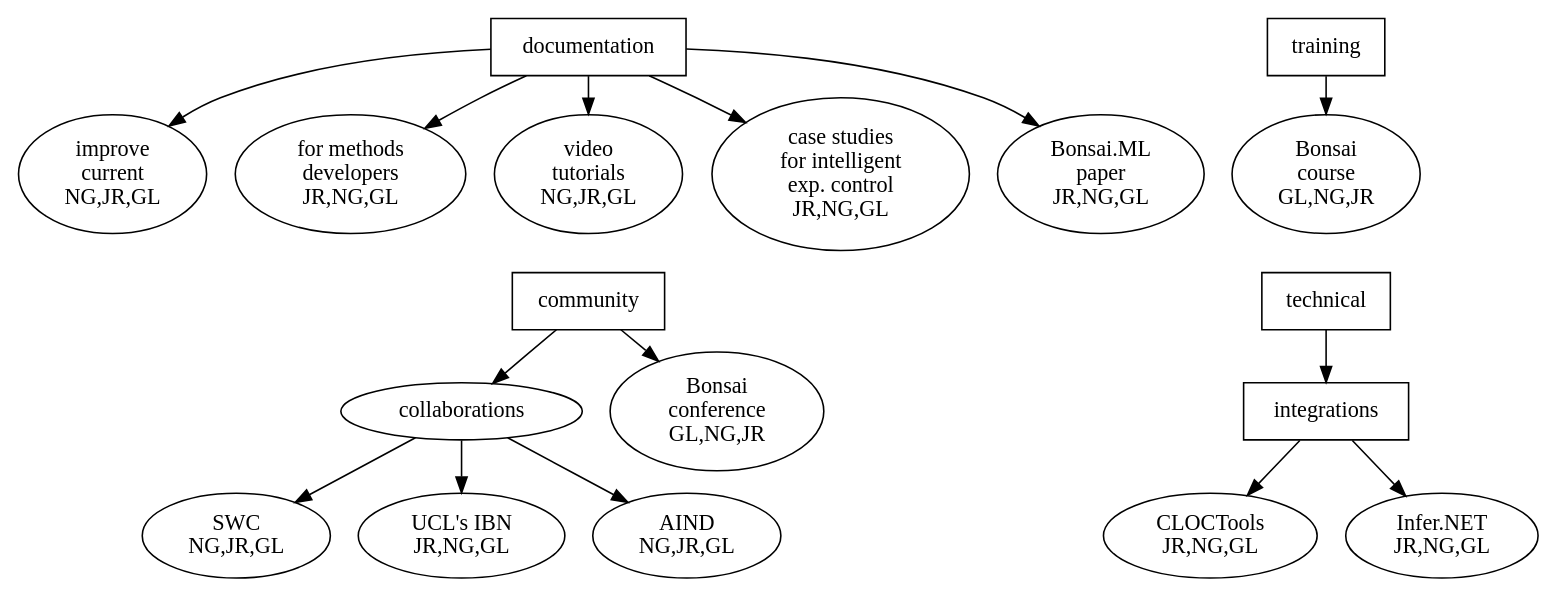
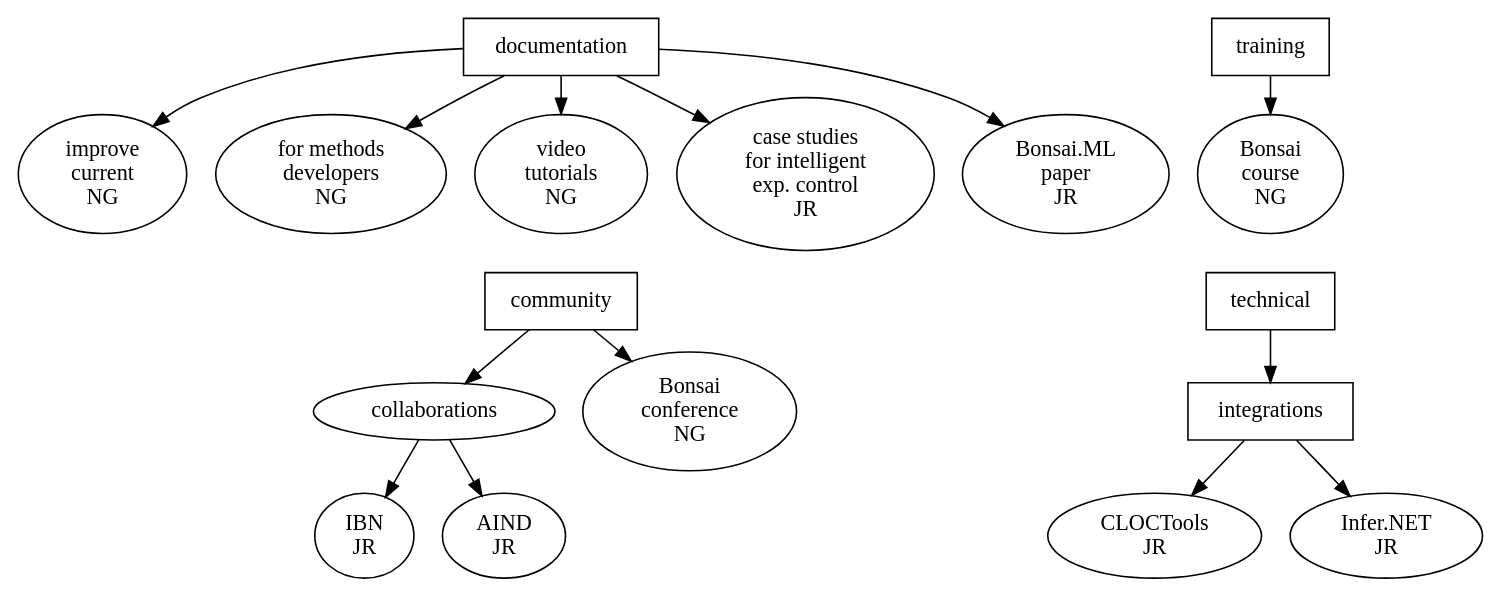
The diagram in application/activitiesGraphs/activities_larger.dot (joacorapela/rsmf2025), drawn with Graphviz before and after one commit.

```diff
--- a/application/activitiesGraphs/activities_larger.dot
+++ b/application/activitiesGraphs/activities_larger.dot
@@ -1,35 +1,34 @@
 digraph {
   layout=dot;
   ranksep=0.2;
 
   documentation [shape=box];
-  documentation -> "improve\ncurrent\nNG,JR,GL";
-  documentation -> "for methods\ndevelopers\nJR,NG,GL";
-  documentation -> "video\ntutorials\nNG,JR,GL";
-  documentation -> "case studies\nfor intelligent\nexp. control\nJR,NG,GL";
-  documentation -> "Bonsai.ML\npaper\nJR,NG,GL";
+  documentation -> "improve\ncurrent\nNG";
+  documentation -> "for methods\ndevelopers\nNG";
+  documentation -> "video\ntutorials\nNG";
+  documentation -> "case studies\nfor intelligent\nexp. control\nJR";
+  documentation -> "Bonsai.ML\npaper\nJR";
 
   training [shape=box];
-  training -> "Bonsai\ncourse\nGL,NG,JR";
+  training -> "Bonsai\ncourse\nNG";
 
-  "video\ntutorials\nNG,JR,GL" -> community [style=invis];
+  "video\ntutorials\nNG" -> community [style=invis];
 
   community [shape=box];
   community -> collaborations;
-  community -> "Bonsai\nconference\nGL,NG,JR";
-  collaborations -> "SWC\nNG,JR,GL";
-  collaborations -> "UCL's IBN\nJR,NG,GL";
-  collaborations -> "AIND\nNG,JR,GL";
+  community -> "Bonsai\nconference\nNG";
+  collaborations -> "IBN\nJR";
+  collaborations -> "AIND\nJR";
 
-  "Bonsai\ncourse\nGL,NG,JR" -> technical [style=invis];
+  "Bonsai\ncourse\nNG" -> technical [style=invis];
 
   technical [shape=box];
   technical -> integrations;
   integrations [shape=box];
-  integrations -> "CLOCTools\nJR,NG,GL";
-  integrations -> "Infer.NET\nJR,NG,GL";
+  integrations -> "CLOCTools\nJR";
+  integrations -> "Infer.NET\nJR";
 
 
   /* { rank=same; documentation training community technical } */
 
 }
```
